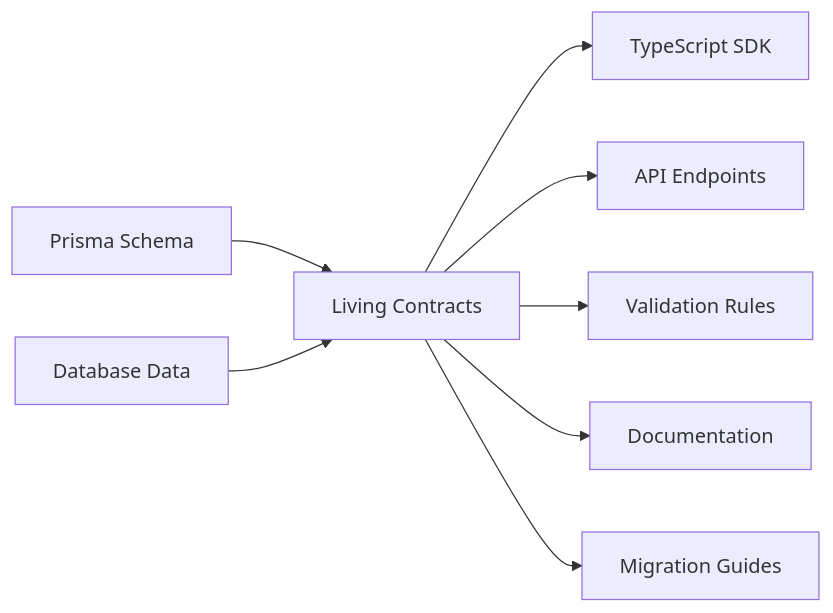
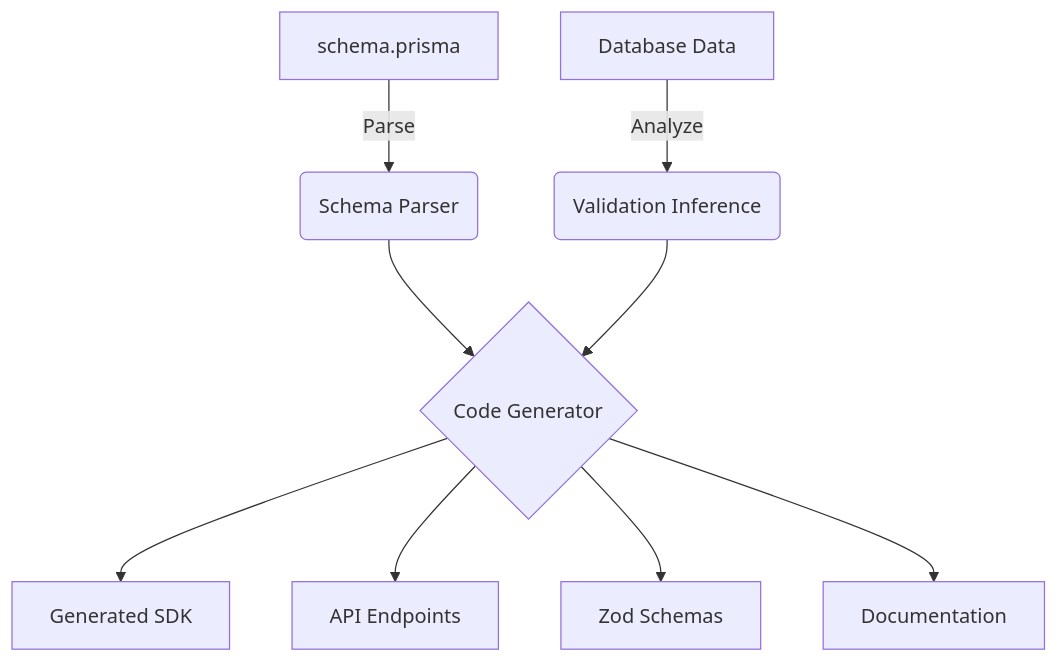
Before and after one commit to ArvindParekh/living-contracts: the second of 3 diagrams in README.md, drawn with Mermaid. The commit also changed other lines of this file, not shown here.

Commit message:
update(readme): add new diagram to show architecture and data flow

````diff
--- a/README.md
+++ b/README.md
@@ -116,10 +130,11 @@
 ```mermaid
-graph LR
-    A[Prisma Schema] --> B[Living Contracts]
-    C[Database Data] --> B
-    B --> D[TypeScript SDK]
-    B --> E[API Endpoints]
-    B --> F[Validation Rules]
-    B --> G[Documentation]
-    B --> H[Migration Guides]
+graph TD
+    A[schema.prisma] -->|Parse| B(Schema Parser)
+    C[Database Data] -->|Analyze| D(Validation Inference)
+    B --> E{Code Generator}
+    D --> E
+    E --> F[Generated SDK]
+    E --> G[API Endpoints]
+    E --> H[Zod Schemas]
+    E --> I[Documentation]
 ```
````
